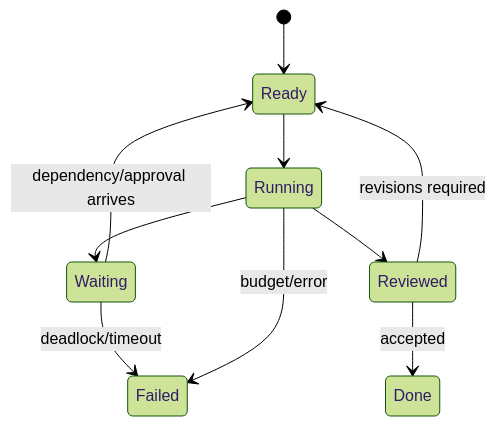
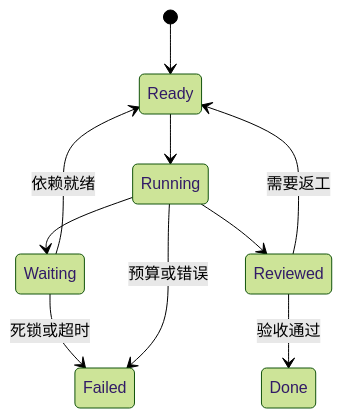
The fourth of 5 diagrams in docs/part-07-advanced/ch32-multi-agent-principles.md (wujinjun/ai-agent-book), drawn with Mermaid (forest theme) before and after one commit. The commit also changed 37 other files, not shown here.

````diff
--- a/docs/part-07-advanced/ch32-multi-agent-principles.md
+++ b/docs/part-07-advanced/ch32-multi-agent-principles.md
@@ -114,15 +114,15 @@
 ```mermaid
 %% id: multi-agent-termination-state-machine
 %% title: Multi-Agent 终止与死锁状态机
 %% alt: 协作任务在 Ready Running Waiting Reviewed Done Failed 之间转换并由依赖超时预算和验收控制终止
 stateDiagram-v2
     [*] --> Ready
     Ready --> Running
     Running --> Waiting
-    Waiting --> Ready: dependency/approval arrives
+    Waiting --> Ready: 依赖就绪
     Running --> Reviewed
-    Reviewed --> Ready: revisions required
-    Reviewed --> Done: accepted
-    Waiting --> Failed: deadlock/timeout
-    Running --> Failed: budget/error
+    Reviewed --> Ready: 需要返工
+    Reviewed --> Done: 验收通过
+    Waiting --> Failed: 死锁或超时
+    Running --> Failed: 预算或错误
 ```
````
